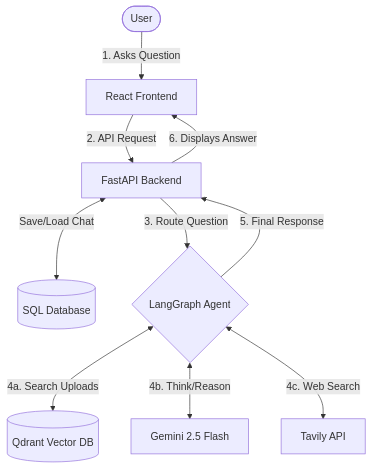
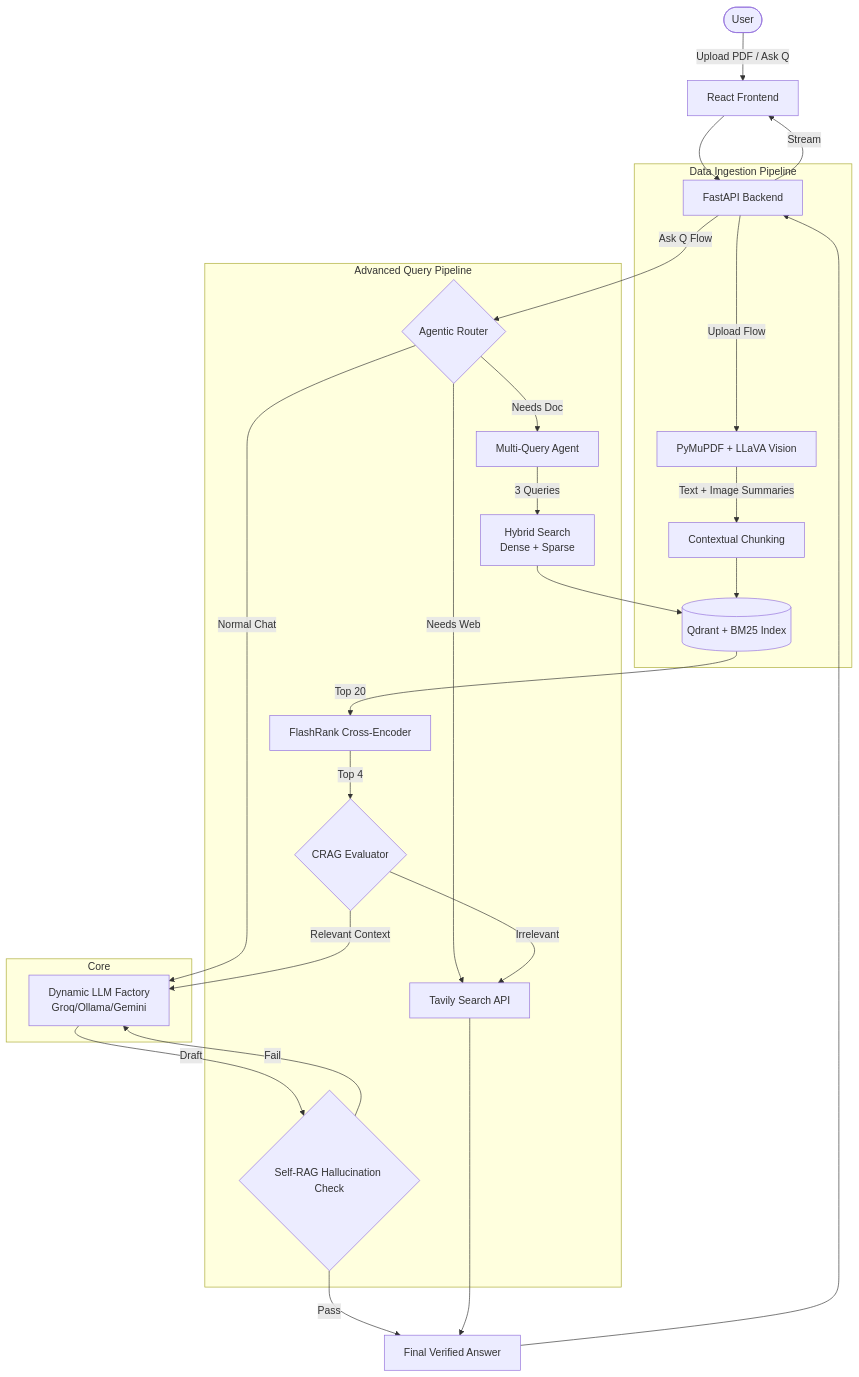
Before and after one commit to ramashishmaurya/chatgpt-clone: the diagram in README.md, drawn with Mermaid.

Commit message:
docs: updated flowchart for advanced RAG architecture

````diff
--- a/README.md
+++ b/README.md
@@ -73,17 +73,39 @@
 ```mermaid
 graph TD
-    User([User]) -->|1. Asks Question| UI[React Frontend]
-    UI -->|2. API Request| API[FastAPI Backend]
+    User([User]) -->|Upload PDF / Ask Q| UI[React Frontend]
+    UI --> API[FastAPI Backend]
     
-    API <-->|Save/Load Chat| SQL[(SQL Database)]
+    subgraph Core
+        LLM[Dynamic LLM Factory\nGroq/Ollama/Gemini]
+    end
+
+    subgraph Data Ingestion Pipeline
+        API -->|Upload Flow| PyMu[PyMuPDF + LLaVA Vision]
+        PyMu -->|Text + Image Summaries| CChunk[Contextual Chunking]
+        CChunk --> Qdrant[(Qdrant + BM25 Index)]
+    end
     
-    API -->|3. Route Question| Agent{LangGraph Agent}
+    subgraph Advanced Query Pipeline
+        API -->|Ask Q Flow| Router{Agentic Router}
+        
+        Router -->|Normal Chat| LLM
+        Router -->|Needs Web| Tavily[Tavily Search API]
+        
+        Router -->|Needs Doc| Multi[Multi-Query Agent]
+        Multi -->|3 Queries| Hybrid[Hybrid Search\nDense + Sparse]
+        Hybrid --> Qdrant
+        Qdrant -->|Top 20| Flash[FlashRank Cross-Encoder]
+        Flash -->|Top 4| CRAG{CRAG Evaluator}
+        
+        CRAG -->|Irrelevant| Tavily
+        CRAG -->|Relevant Context| LLM
+        
+        LLM -->|Draft| SelfRAG{Self-RAG Hallucination Check}
+        SelfRAG -->|Fail| LLM
+    end
     
-    Agent <-->|4a. Search Uploads| Qdrant[(Qdrant Vector DB)]
-    Agent <-->|4b. Think/Reason| LLM[Gemini 2.5 Flash]
-    
-    Agent <-->|4c. Web Search| Search[Tavily API]
-    
-    Agent -->|5. Final Response| API
-    API -->|6. Displays Answer| UI
+    SelfRAG -->|Pass| Output[Final Verified Answer]
+    Tavily --> Output
+    Output --> API
+    API -->|Stream| UI
 ```
````
